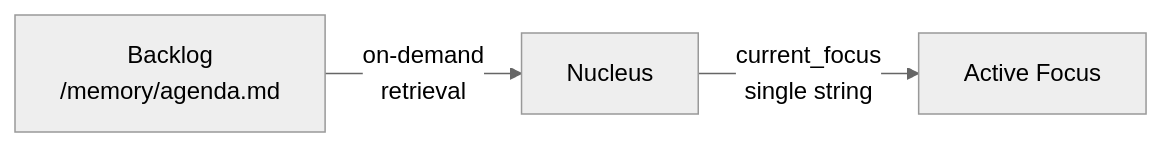
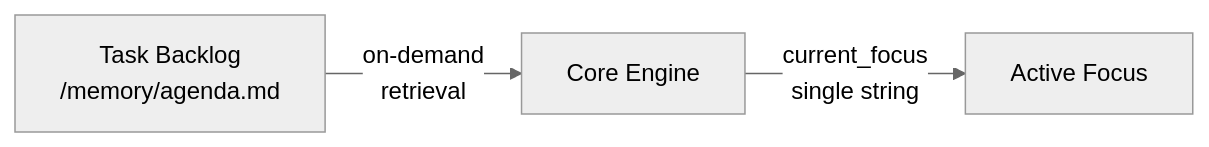
The fifth of 8 diagrams in docs/ARCHITECTURE.md (Redna/talos_runtime), drawn with Mermaid (neutral theme) before and after one commit. The commit also changed other lines of this file, not shown here.

Commit message:
Rewrite architecture doc: formal style, reduced biological references

````diff
--- a/docs/ARCHITECTURE.md
+++ b/docs/ARCHITECTURE.md
@@ -138,5 +128,5 @@
 ```mermaid
 graph LR
-    N["Nucleus"] -->|"current_focus<br/>single string"| F["Active Focus"]
-    B["Backlog<br/>/memory/agenda.md"] -->|"on-demand<br/>retrieval"| N
+    C["Core Engine"] -->|"current_focus<br/>single string"| F["Active Focus"]
+    B["Task Backlog<br/>/memory/agenda.md"] -->|"on-demand<br/>retrieval"| C
 ```
````
